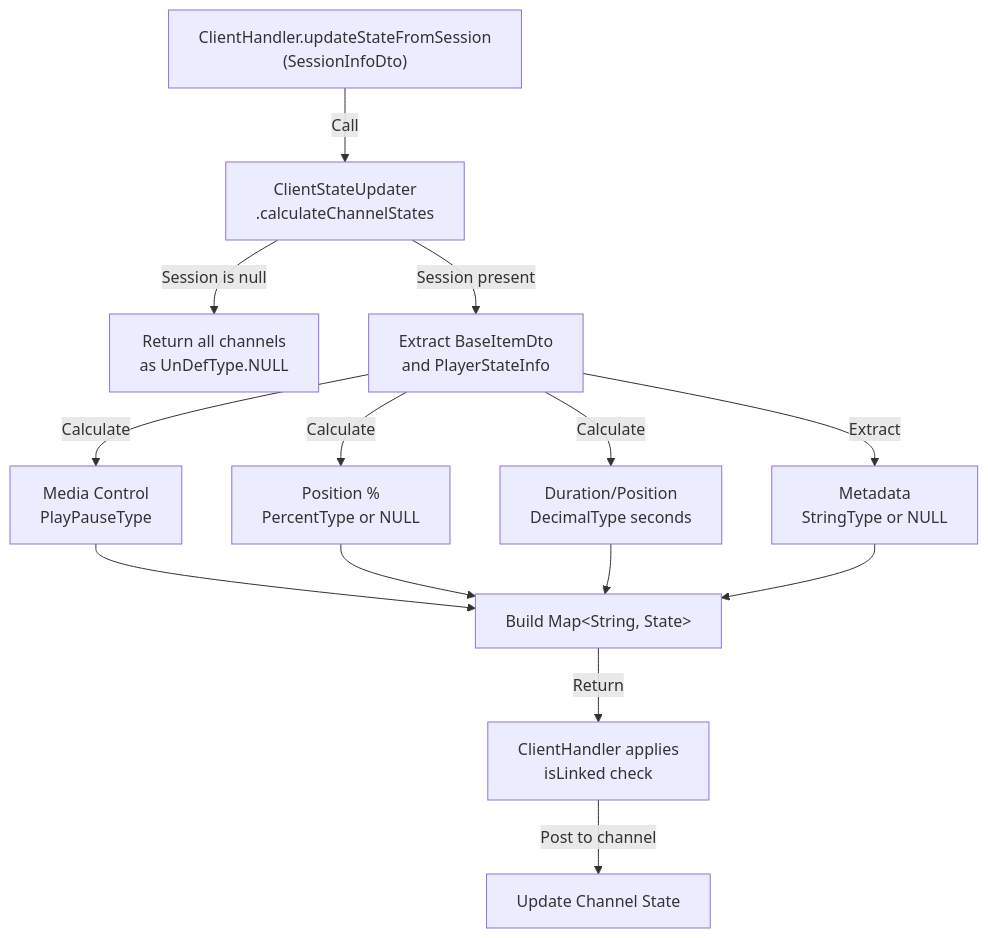
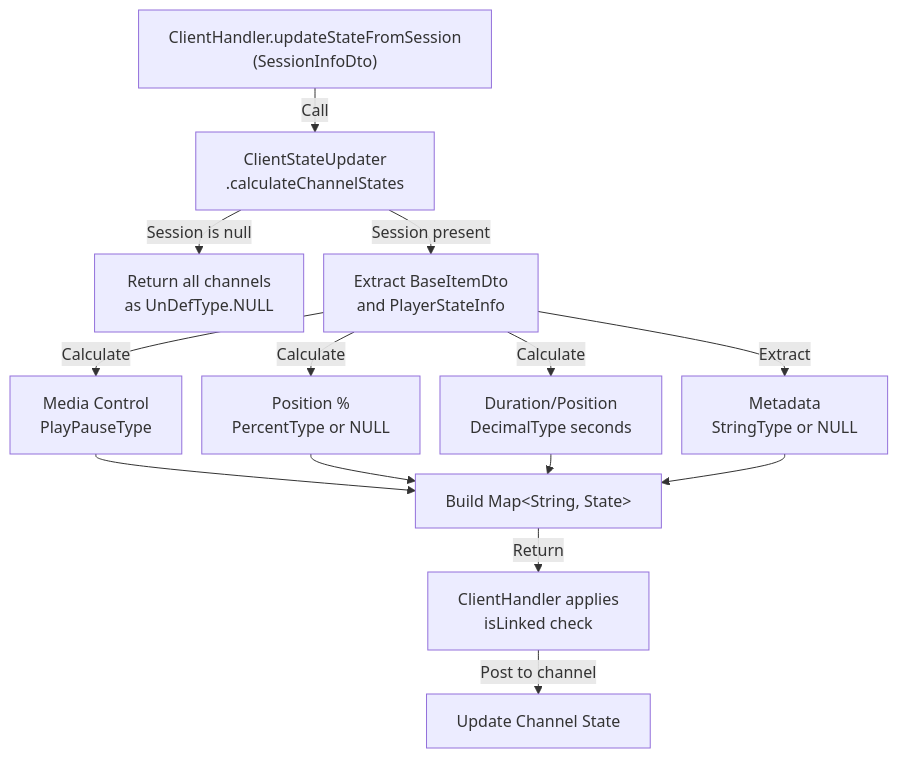
The second of 2 diagrams in bundles/org.openhab.binding.jellyfin/docs/architecture/state-calculation.md (openhab/openhab-addons), drawn with Mermaid before and after one commit. The commit also changed other lines of this file and 15 other files, not shown here.

Commit message:
chore(docs): update architecture documentation with Mermaid diagram enhancements and remove obsolete NOTICE file

````diff
--- a/bundles/org.openhab.binding.jellyfin/docs/architecture/state-calculation.md
+++ b/bundles/org.openhab.binding.jellyfin/docs/architecture/state-calculation.md
@@ -65,16 +66,17 @@
 ```mermaid
+%%{init: { 'themeVariables': { 'fontSize': '16px' }, 'flowchart': { 'useMaxWidth': false, 'nodeSpacing': 20, 'rankSpacing': 20 } } }%%
 flowchart TD
     A["ClientHandler.updateStateFromSession<br/>(SessionInfoDto)"] -->|Call| B["ClientStateUpdater<br/>.calculateChannelStates"]
     B -->|Session is null| C["Return all channels<br/>as UnDefType.NULL"]
     B -->|Session present| D["Extract BaseItemDto<br/>and PlayerStateInfo"]
     D -->|Calculate| E1["Media Control<br/>PlayPauseType"]
     D -->|Calculate| E2["Position %<br/>PercentType or NULL"]
     D -->|Calculate| E3["Duration/Position<br/>DecimalType seconds"]
     D -->|Extract| E4["Metadata<br/>StringType or NULL"]
     E1 --> F["Build Map&lt;String, State&gt;"]
     E2 --> F
     E3 --> F
     E4 --> F
     F -->|Return| G["ClientHandler applies<br/>isLinked check"]
     G -->|Post to channel| H["Update Channel State"]
 ```
````
